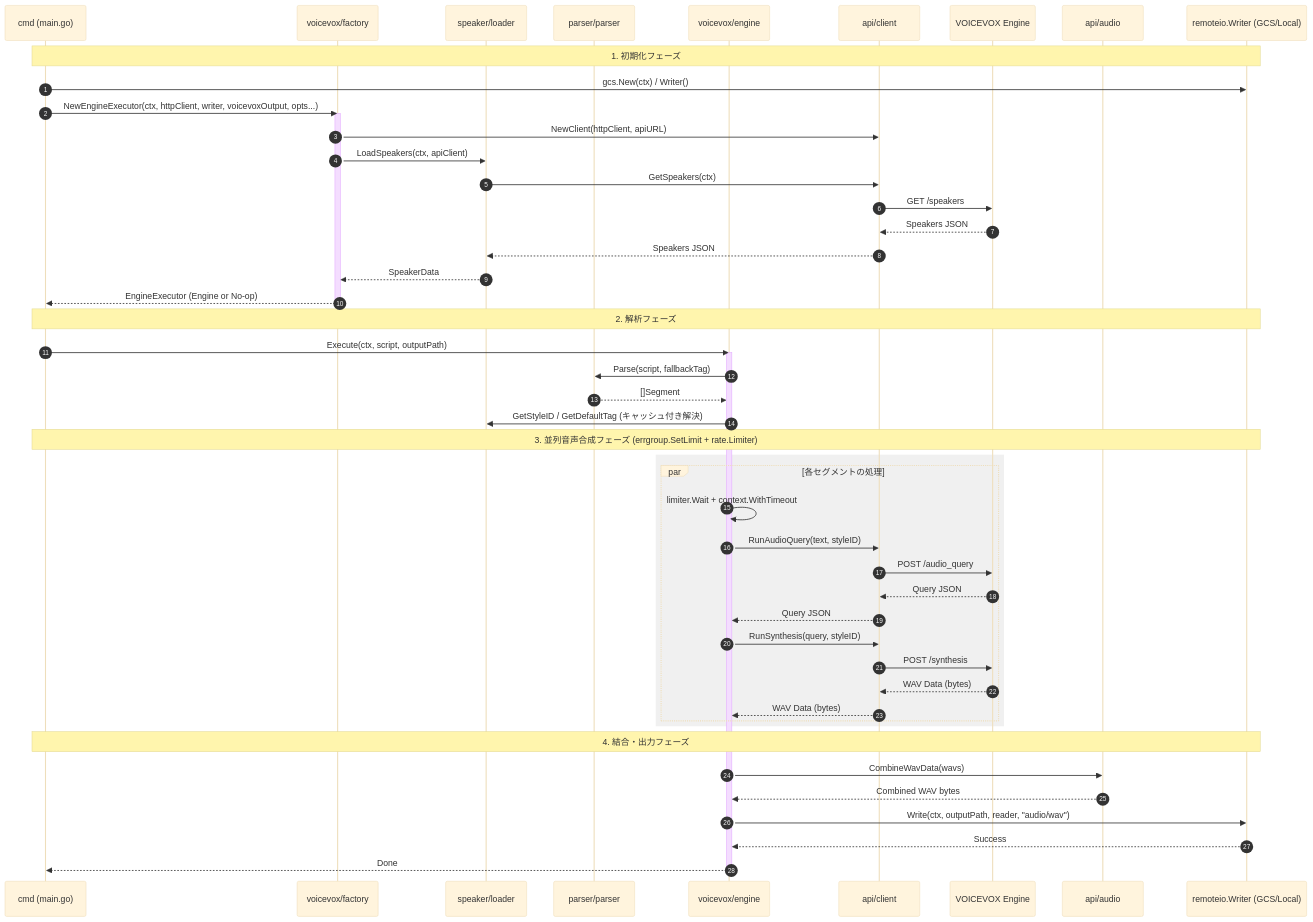
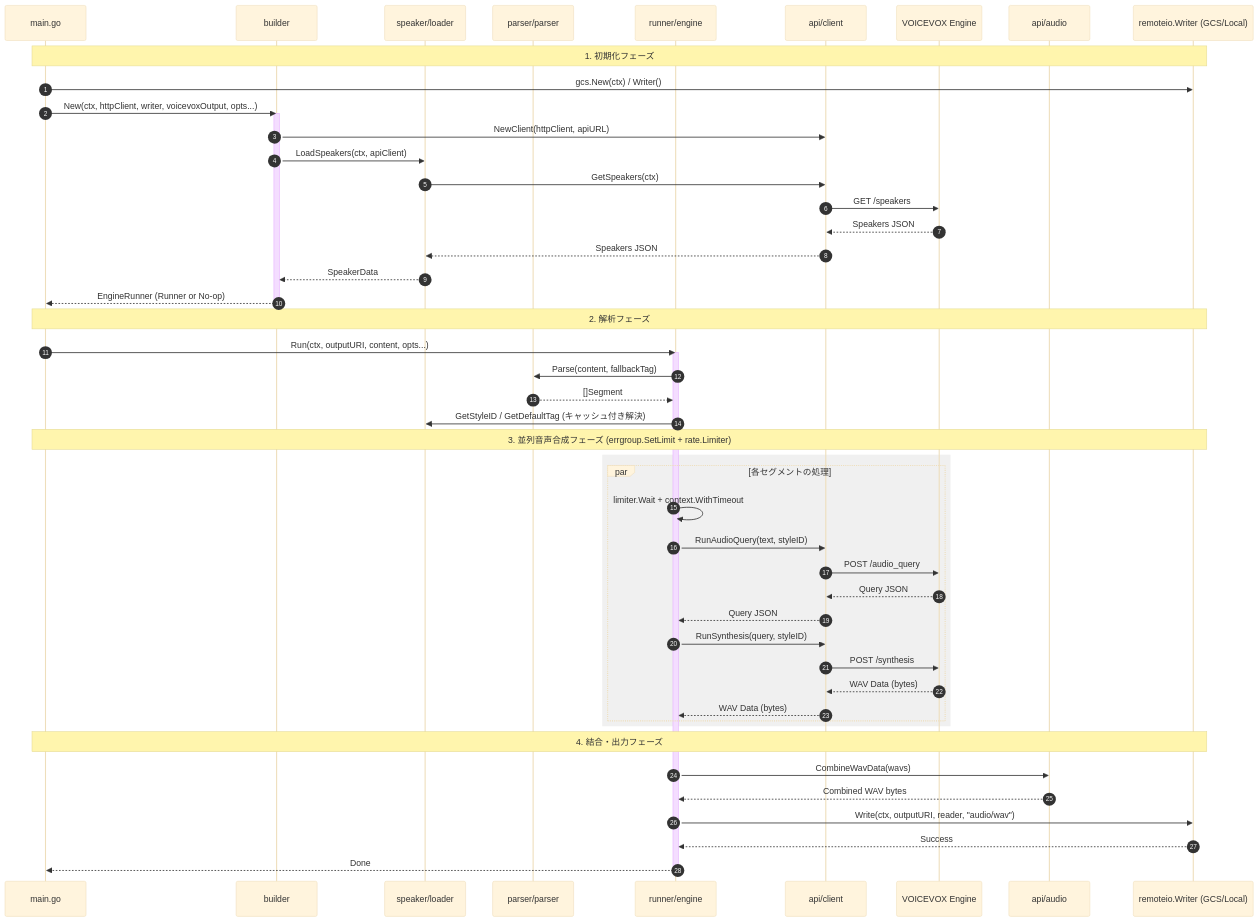
The diagram in README.md (shouni/go-voicevox), drawn with Mermaid (base theme) before and after one commit. The commit also changed other lines of this file, not shown here.

Commit message:
docs: revise README to reflect `Run`-based architecture and updated package structure

````diff
--- a/README.md
+++ b/README.md
@@ -47,58 +41,53 @@
 ```mermaid
 sequenceDiagram
     autonumber
-    participant Main as cmd (main.go)
-    participant Factory as voicevox/factory
+    participant Main as main.go
+    participant Builder as builder
     participant Speaker as speaker/loader
     participant Parser as parser/parser
-    participant Engine as voicevox/engine
+    participant Runner as runner/engine
     participant API as api/client
     participant VV as VOICEVOX Engine
     participant WAV as api/audio
     participant Storage as remoteio.Writer (GCS/Local)
-
     Note over Main, Storage: 1. 初期化フェーズ
     Main->>Storage: gcs.New(ctx) / Writer()
-    Main->>Factory: NewEngineExecutor(ctx, httpClient, writer, voicevoxOutput, opts...)
-    activate Factory
-    Factory->>API: NewClient(httpClient, apiURL)
-    Factory->>Speaker: LoadSpeakers(ctx, apiClient)
+    Main->>Builder: New(ctx, httpClient, writer, voicevoxOutput, opts...)
+    activate Builder
+    Builder->>API: NewClient(httpClient, apiURL)
+    Builder->>Speaker: LoadSpeakers(ctx, apiClient)
     Speaker->>API: GetSpeakers(ctx)
     API->>VV: GET /speakers
     VV-->>API: Speakers JSON
     API-->>Speaker: Speakers JSON
-    Speaker-->>Factory: SpeakerData
-    Factory-->>Main: EngineExecutor (Engine or No-op)
-    deactivate Factory
-
+    Speaker-->>Builder: SpeakerData
+    Builder-->>Main: EngineRunner (Runner or No-op)
+    deactivate Builder
     Note over Main, Storage: 2. 解析フェーズ
-    Main->>Engine: Execute(ctx, script, outputPath)
-    activate Engine
-    Engine->>Parser: Parse(script, fallbackTag)
-    Parser-->>Engine: []Segment
-    Engine->>Speaker: GetStyleID / GetDefaultTag (キャッシュ付き解決)
-
+    Main->>Runner: Run(ctx, outputURI, content, opts...)
+    activate Runner
+    Runner->>Parser: Parse(content, fallbackTag)
+    Parser-->>Runner: []Segment
+    Runner->>Speaker: GetStyleID / GetDefaultTag (キャッシュ付き解決)
     Note over Main, Storage: 3. 並列音声合成フェーズ (errgroup.SetLimit + rate.Limiter)
     rect rgb(240, 240, 240)
         par 各セグメントの処理
-            Engine->>Engine: limiter.Wait + context.WithTimeout
-            Engine->>API: RunAudioQuery(text, styleID)
+            Runner->>Runner: limiter.Wait + context.WithTimeout
+            Runner->>API: RunAudioQuery(text, styleID)
             API->>VV: POST /audio_query
             VV-->>API: Query JSON
-            API-->>Engine: Query JSON
-            
-            Engine->>API: RunSynthesis(query, styleID)
+            API-->>Runner: Query JSON
+            Runner->>API: RunSynthesis(query, styleID)
             API->>VV: POST /synthesis
             VV-->>API: WAV Data (bytes)
-            API-->>Engine: WAV Data (bytes)
+            API-->>Runner: WAV Data (bytes)
         end
     end
-
     Note over Main, Storage: 4. 結合・出力フェーズ
-    Engine->>WAV: CombineWavData(wavs)
-    WAV-->>Engine: Combined WAV bytes
-    Engine->>Storage: Write(ctx, outputPath, reader, "audio/wav")
-    Storage-->>Engine: Success
-    Engine-->>Main: Done
-    deactivate Engine
+    Runner->>WAV: CombineWavData(wavs)
+    WAV-->>Runner: Combined WAV bytes
+    Runner->>Storage: Write(ctx, outputURI, reader, "audio/wav")
+    Storage-->>Runner: Success
+    Runner-->>Main: Done
+    deactivate Runner
 ```
````
